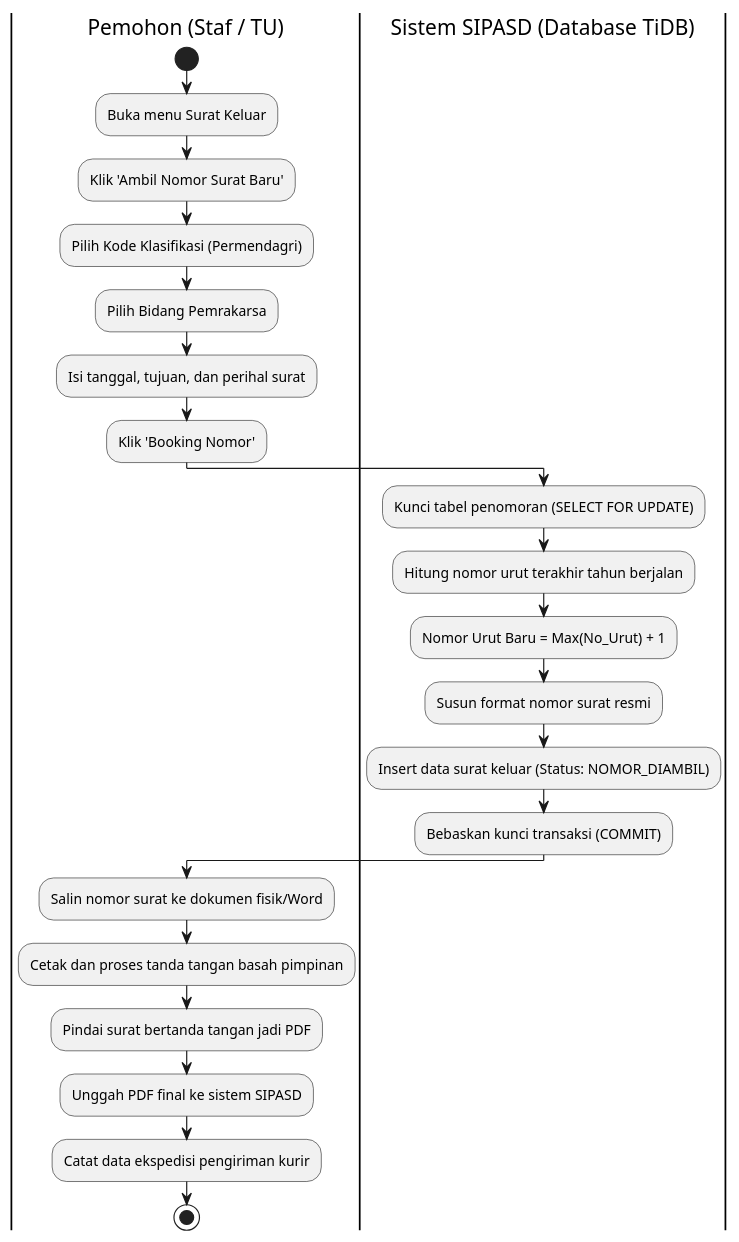
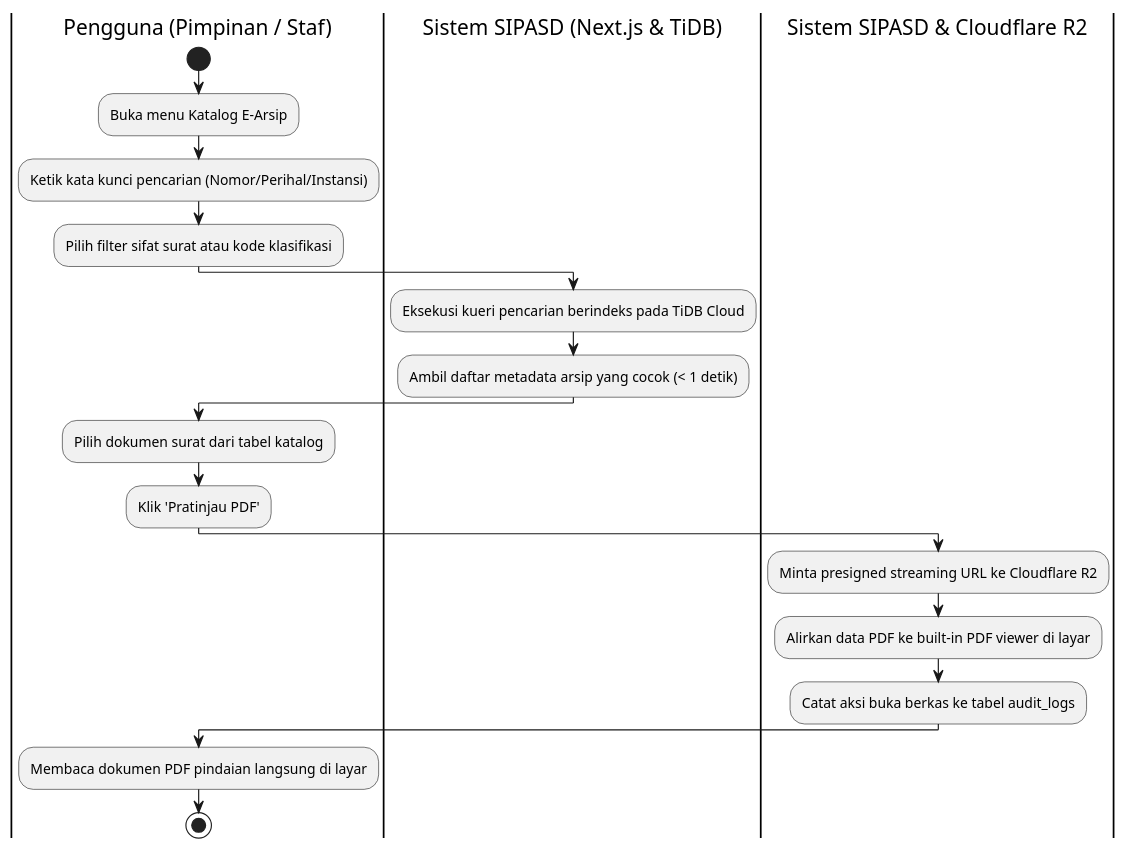
One commit to Dhani078/SIPASD changed the second of 3 diagrams in docs/UML_DIAGRAMS.md. Above: the diagram before and after it, drawn with PlantUML. The commit also changed other lines of this file and 15 other files, not shown here.

Commit message:
docs: selaraskan seluruh naskah dan dokumen ke model repositori e-arsip digital google drive

````diff
--- a/docs/UML_DIAGRAMS.md
+++ b/docs/UML_DIAGRAMS.md
@@ -141,26 +101,22 @@
 ```plantuml
 @startuml
-|Pemohon (Staf / TU)|
+|Pengguna (Pimpinan / Staf)|
 start
-:Buka menu Surat Keluar;
-:Klik 'Ambil Nomor Surat Baru';
-:Pilih Kode Klasifikasi (Permendagri);
-:Pilih Bidang Pemrakarsa;
-:Isi tanggal, tujuan, dan perihal surat;
-:Klik 'Booking Nomor';
-|Sistem SIPASD (Database TiDB)|
-:Kunci tabel penomoran (SELECT FOR UPDATE);
-:Hitung nomor urut terakhir tahun berjalan;
-:Nomor Urut Baru = Max(No_Urut) + 1;
-:Susun format nomor surat resmi;
-:Insert data surat keluar (Status: NOMOR_DIAMBIL);
-:Bebaskan kunci transaksi (COMMIT);
-|Pemohon (Staf / TU)|
-:Salin nomor surat ke dokumen fisik/Word;
-:Cetak dan proses tanda tangan basah pimpinan;
-:Pindai surat bertanda tangan jadi PDF;
-:Unggah PDF final ke sistem SIPASD;
-:Catat data ekspedisi pengiriman kurir;
+:Buka menu Katalog E-Arsip;
+:Ketik kata kunci pencarian (Nomor/Perihal/Instansi);
+:Pilih filter sifat surat atau kode klasifikasi;
+|Sistem SIPASD (Next.js & TiDB)|
+:Eksekusi kueri pencarian berindeks pada TiDB Cloud;
+:Ambil daftar metadata arsip yang cocok (< 1 detik);
+|Pengguna (Pimpinan / Staf)|
+:Pilih dokumen surat dari tabel katalog;
+:Klik 'Pratinjau PDF';
+|Sistem SIPASD & Cloudflare R2|
+:Minta presigned streaming URL ke Cloudflare R2;
+:Alirkan data PDF ke built-in PDF viewer di layar;
+:Catat aksi buka berkas ke tabel audit_logs;
+|Pengguna (Pimpinan / Staf)|
+:Membaca dokumen PDF pindaian langsung di layar;
 stop
 @enduml
 ```
````
